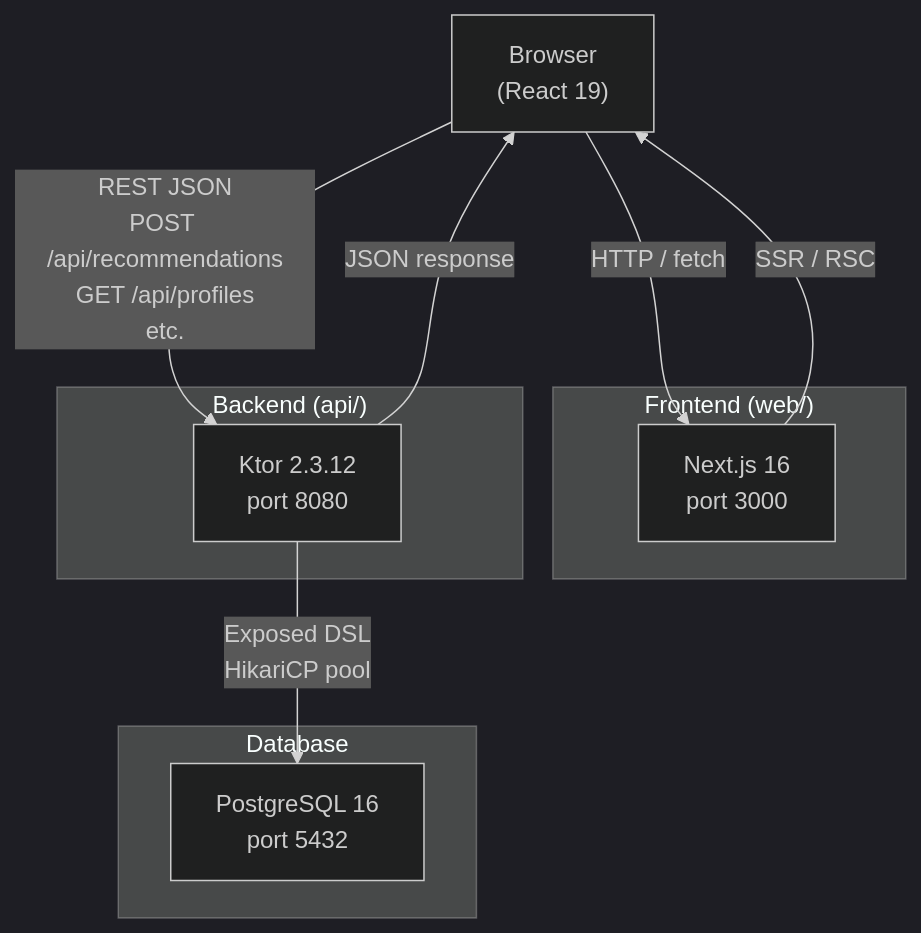
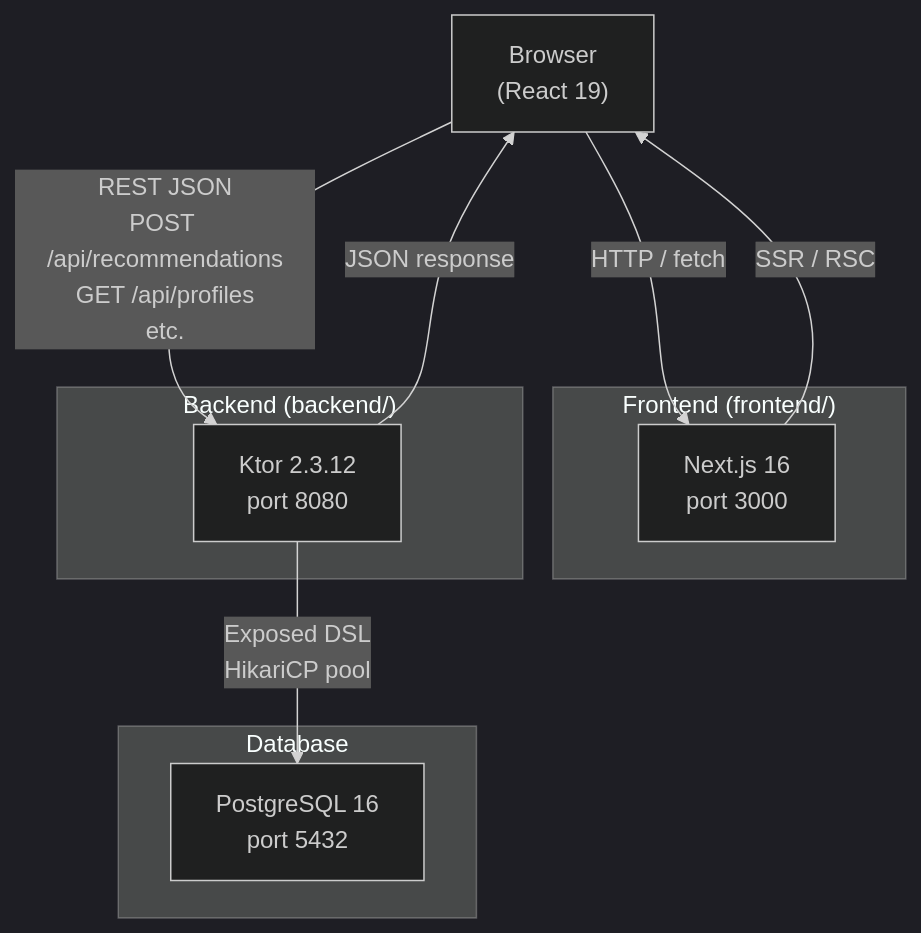
The first of 5 diagrams in CLAUDE.md (Yehdar/Canadian-Credit-Card-Points-Optimizer), drawn with Mermaid (dark theme) before and after one commit. The commit also changed other lines of this file and 1 other file, not shown here.

````diff
--- a/CLAUDE.md
+++ b/CLAUDE.md
@@ -26,25 +27,25 @@
 ```mermaid
 graph TB
     Browser["Browser\n(React 19)"]
     Next["Next.js 16\nport 3000"]
     Ktor["Ktor 2.3.12\nport 8080"]
     PG["PostgreSQL 16\nport 5432"]
 
     Browser -->|"HTTP / fetch"| Next
     Next -->|"SSR / RSC"| Browser
     Browser -->|"REST JSON\nPOST /api/recommendations\nGET /api/profiles\netc."| Ktor
     Ktor -->|"Exposed DSL\nHikariCP pool"| PG
     Ktor -->|"JSON response"| Browser
 
-    subgraph Frontend ["Frontend (web/)"]
+    subgraph Frontend ["Frontend (frontend/)"]
         Next
     end
 
-    subgraph Backend ["Backend (api/)"]
+    subgraph Backend ["Backend (backend/)"]
         Ktor
     end
 
     subgraph DB ["Database"]
         PG
     end
 ```
````
